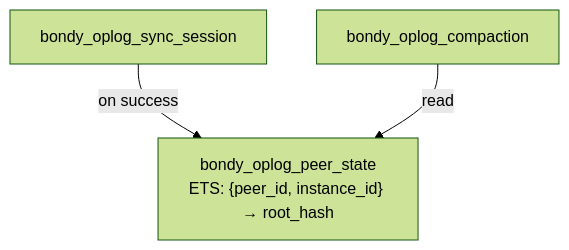
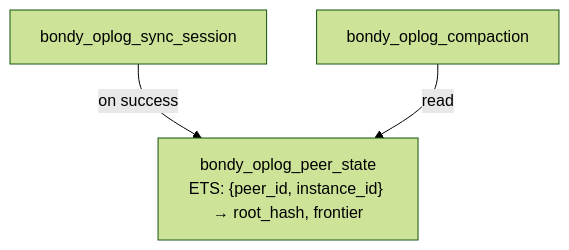
Before and after one commit to bondy-io/bondy: the second of 16 diagrams in apps/bondy_db/doc_extras/architecture/06_compaction_and_bootstrap.md, drawn with Mermaid (forest theme). The commit also changed other lines of this file and 35 other files, not shown here.

````diff
--- a/apps/bondy_db/doc_extras/architecture/06_compaction_and_bootstrap.md
+++ b/apps/bondy_db/doc_extras/architecture/06_compaction_and_bootstrap.md
@@ -81,9 +81,9 @@
 ```mermaid
 flowchart TB
     SESS[bondy_oplog_sync_session]
-    PSTATE["bondy_oplog_peer_state<br/>ETS: {peer_id, instance_id} → root_hash"]
+    PSTATE["bondy_oplog_peer_state<br/>ETS: {peer_id, instance_id} → root_hash, frontier"]
     COMP[bondy_oplog_compaction]
 
     SESS -->|on success| PSTATE
     COMP -->|read| PSTATE
 ```
````
